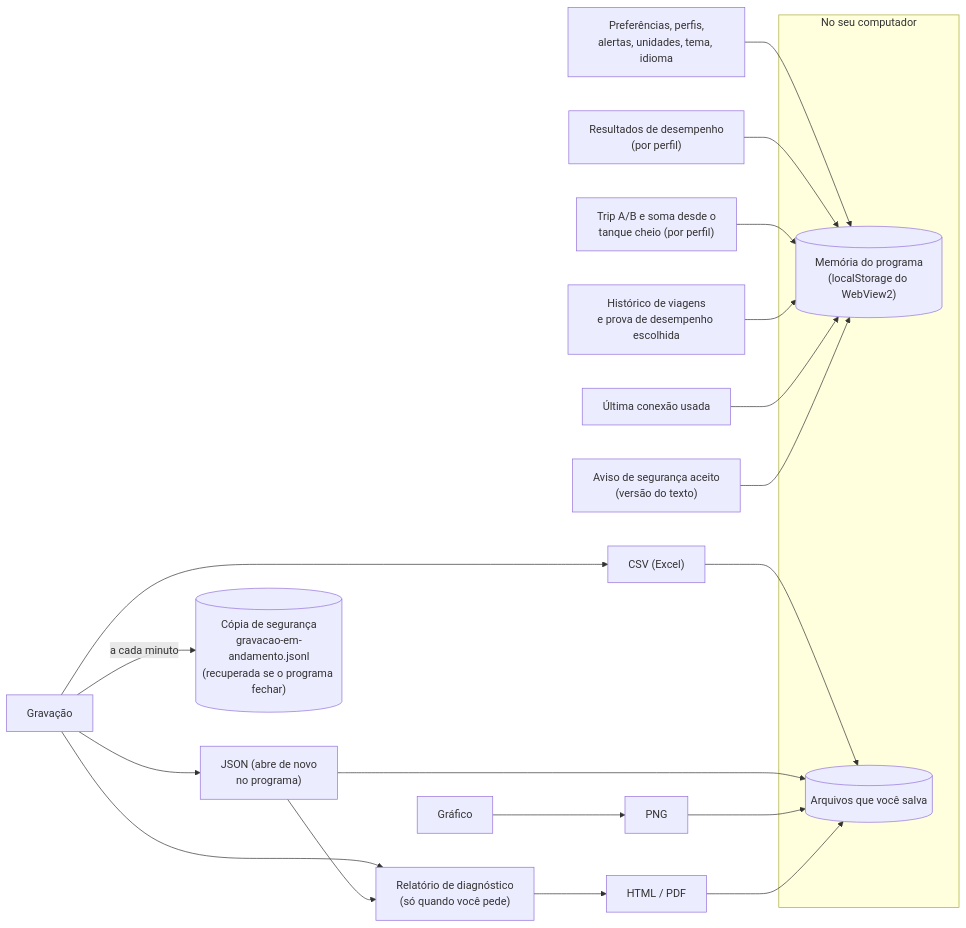
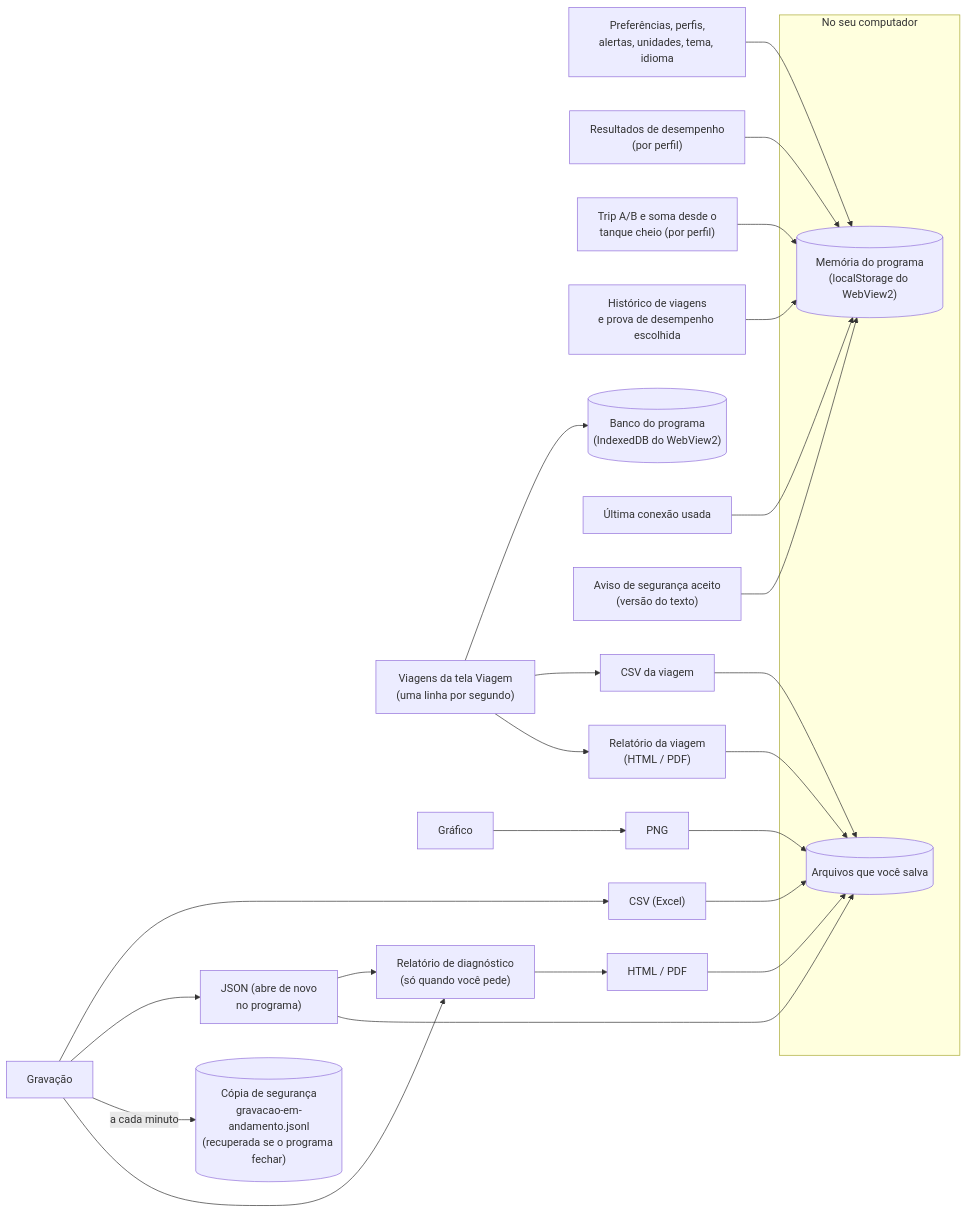
Before and after one commit to samuvieceli/obd2-scanner: diagram 15 of 18 in docs/DIAGRAMAS.md, drawn with Mermaid. The commit also changed other lines of this file and 20 other files, not shown here.

First line of the commit message:
Tela Viagem: analisar o consumo e a eficiência de um trecho

````diff
--- a/docs/DIAGRAMAS.md
+++ b/docs/DIAGRAMAS.md
@@ -393,20 +417,22 @@
 ```mermaid
 flowchart LR
     subgraph pc["No seu computador"]
         ls[("Memória do programa<br/>(localStorage do WebView2)")]
         files[("Arquivos que você salva")]
     end
     prefs["Preferências, perfis,<br/>alertas, unidades, tema, idioma"] --> ls
     perfres["Resultados de desempenho<br/>(por perfil)"] --> ls
     fillsum["Trip A/B e soma desde o<br/>tanque cheio (por perfil)"] --> ls
     drv["Histórico de viagens<br/>e prova de desempenho escolhida"] --> ls
+    jrn["Viagens da tela Viagem<br/>(uma linha por segundo)"] --> idb[("Banco do programa<br/>(IndexedDB do WebView2)")]
     conn["Última conexão usada"] --> ls
     aviso["Aviso de segurança aceito<br/>(versão do texto)"] --> ls
     rec["Gravação"] --> csv["CSV (Excel)"] & json["JSON (abre de novo<br/>no programa)"]
     rec -- "a cada minuto" --> backup[("Cópia de segurança<br/>gravacao-em-andamento.jsonl<br/>(recuperada se o programa fechar)")]
     chart["Gráfico"] --> png["PNG"]
+    jrn --> jcsv["CSV da viagem"] & jhtml["Relatório da viagem<br/>(HTML / PDF)"]
     rec --> report["Relatório de diagnóstico<br/>(só quando você pede)"]
     json --> report
     report --> html["HTML / PDF"]
-    csv & json & png & html --> files
+    csv & json & png & html & jcsv & jhtml --> files
 ```
````
